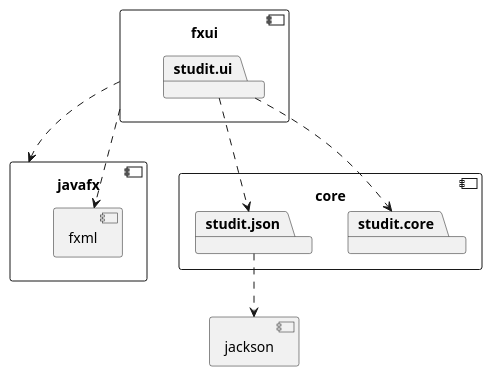
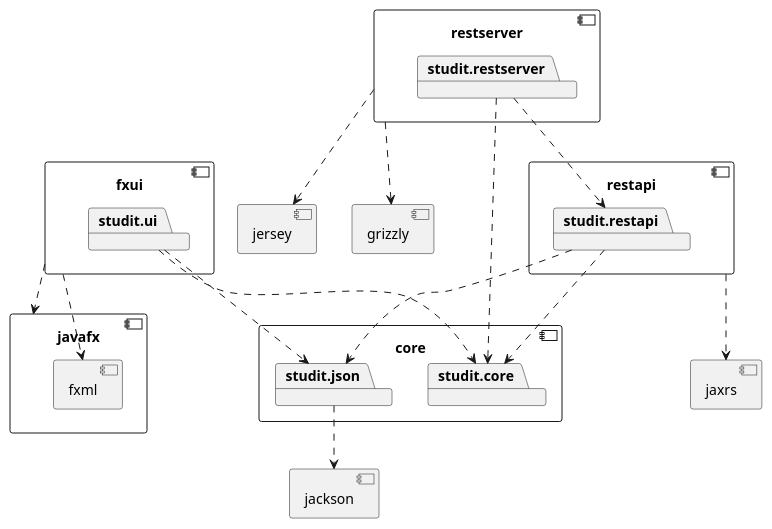
Before and after one commit to hakonbjork/StudIt: the diagram in StudIt/artchitecture.puml, drawn with PlantUML.

Commit message:
Update artchitecture.puml after extension of the project

```diff
--- a/StudIt/artchitecture.puml
+++ b/StudIt/artchitecture.puml
@@ -1,28 +1,56 @@
 @startuml
 
 component core {
 	package studit.core
 	package studit.json
 }
 
 component jackson {
 }
 
 studit.json ..> jackson
 
 component fxui {
 	package studit.ui
 }
 
 studit.ui ..> studit.core
 studit.ui ..> studit.json
 
 component javafx {
 	component fxml {
 	}
 }
 
 fxui ..> javafx
 fxui ..> fxml
 
+component restapi {
+	package studit.restapi
+}
+
+studit.restapi ..> studit.core
+studit.restapi ..> studit.json
+
+component jaxrs {
+}
+
+restapi ..> jaxrs
+
+component restserver {
+	package studit.restserver
+}
+
+studit.restserver ..> studit.core
+studit.restserver ..> studit.restapi
+
+component jersey {
+}
+
+component grizzly {
+}
+
+restserver ..> jersey
+restserver ..> grizzly
+
 @enduml
```
